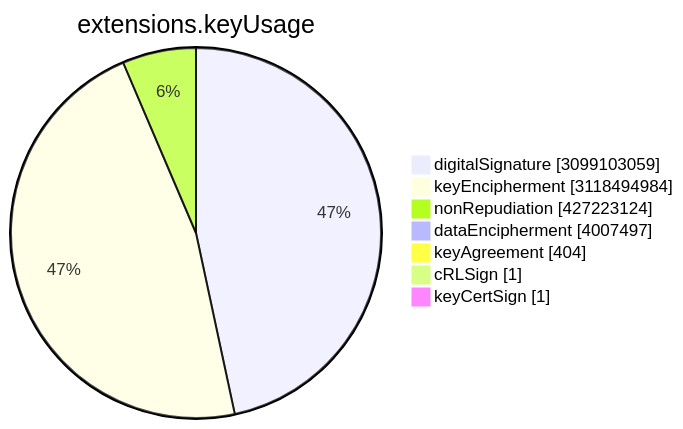
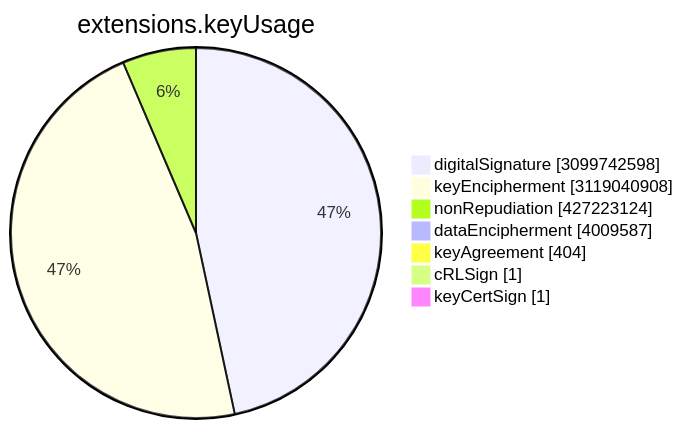
The sixth of 15 diagrams in TOTAL/README.md (christiankrug/ctmonitor_visualization), drawn with Mermaid before and after one commit. The commit also changed other lines of this file, not shown here.

````diff
--- a/TOTAL/README.md
+++ b/TOTAL/README.md
@@ -3077,11 +3077,11 @@
 ```mermaid
 pie showData
 title extensions.keyUsage
-"digitalSignature" :3099103059
-"keyEncipherment" :3118494984
+"digitalSignature" :3099742598
+"keyEncipherment" :3119040908
 "nonRepudiation" :427223124
-"dataEncipherment" :4007497
+"dataEncipherment" :4009587
 "keyAgreement" :404
 "cRLSign" :1
 "keyCertSign" :1
 ```
````
